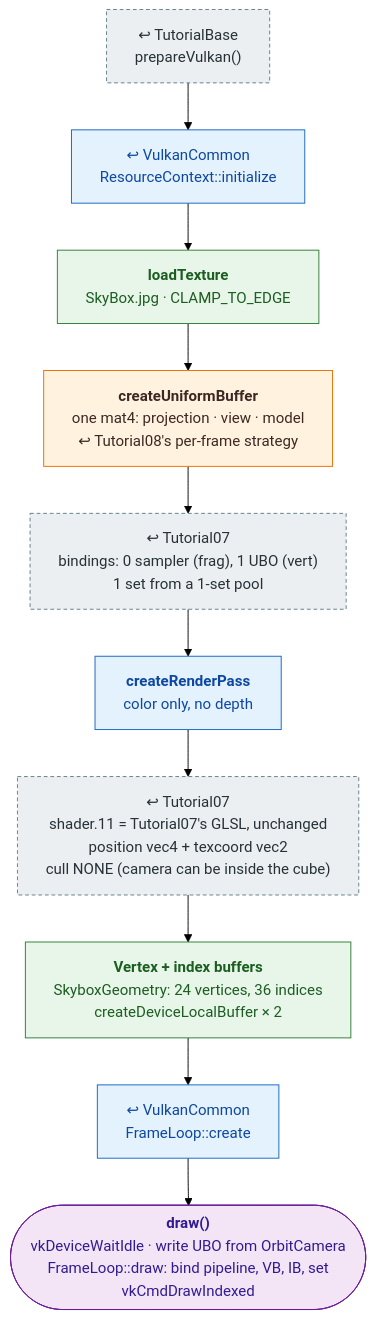
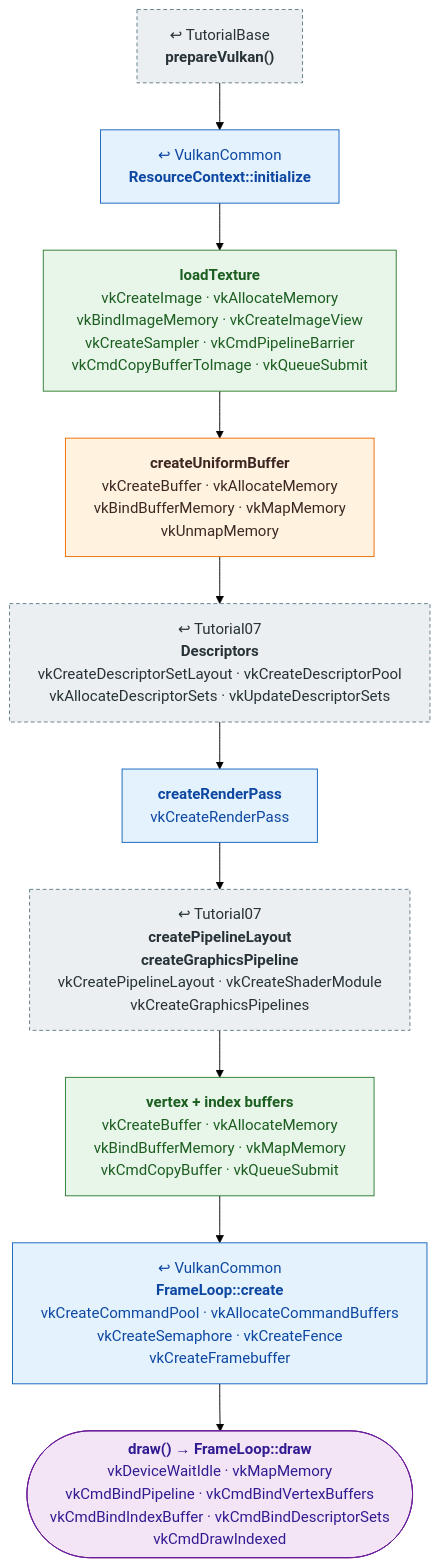
Before and after one commit to mehoggan/vulkan_graphix: the diagram in docs/pipeline/11_skybox.md, drawn with Mermaid (forest theme). The commit also changed other lines of this file and 24 other files, not shown here.

First line of the commit message:
docs: label pipeline boxes with the Vulkan calls each step makes

````diff
--- a/docs/pipeline/11_skybox.md
+++ b/docs/pipeline/11_skybox.md
@@ -13,22 +13,22 @@
 ```mermaid
 %%{init: {"flowchart": {"wrappingWidth": 400}}}%%
 flowchart TD
     classDef reused fill:#eceff1,stroke:#607d8b,stroke-dasharray:4 3,color:#263238
     classDef changed fill:#fff3e0,stroke:#ef6c00,color:#3e2723
     classDef new fill:#e8f5e9,stroke:#2e7d32,color:#1b5e20
     classDef shared fill:#e3f2fd,stroke:#1565c0,color:#0d47a1
     classDef frame fill:#f3e5f5,stroke:#6a1b9a,color:#311b92
 
-    BASE["↩ TutorialBase<br/>prepareVulkan()"]:::reused
-    RC["↩ VulkanCommon<br/>ResourceContext::initialize"]:::shared
-    TEX["<b>loadTexture</b><br/>SkyBox.jpg · CLAMP_TO_EDGE"]:::new
-    UBO["<b>createUniformBuffer</b><br/>one mat4: projection · view · model<br/>↩ Tutorial08's per-frame strategy"]:::changed
-    DESC["↩ Tutorial07<br/>bindings: 0 sampler (frag), 1 UBO (vert)<br/>1 set from a 1-set pool"]:::reused
-    RP["<b>createRenderPass</b><br/>color only, no depth"]:::shared
-    PIPE["↩ Tutorial07<br/>shader.11 = Tutorial07's GLSL, unchanged<br/>position vec4 + texcoord vec2<br/>cull NONE (camera can be inside the cube)"]:::reused
-    GEO["<b>Vertex + index buffers</b><br/>SkyboxGeometry: 24 vertices, 36 indices<br/>createDeviceLocalBuffer × 2"]:::new
-    FL["↩ VulkanCommon<br/>FrameLoop::create"]:::shared
-    DRAW(["<b>draw()</b><br/>vkDeviceWaitIdle · write UBO from OrbitCamera<br/>FrameLoop::draw: bind pipeline, VB, IB, set<br/>vkCmdDrawIndexed"]):::frame
+    BASE["↩ TutorialBase<br/><b>prepareVulkan()</b>"]:::reused
+    RC["↩ VulkanCommon<br/><b>ResourceContext::initialize</b>"]:::shared
+    TEX["<b>loadTexture</b><br/>vkCreateImage  ·  vkAllocateMemory<br/>vkBindImageMemory  ·  vkCreateImageView<br/>vkCreateSampler  ·  vkCmdPipelineBarrier<br/>vkCmdCopyBufferToImage  ·  vkQueueSubmit"]:::new
+    UBO["<b>createUniformBuffer</b><br/>vkCreateBuffer  ·  vkAllocateMemory<br/>vkBindBufferMemory  ·  vkMapMemory<br/>vkUnmapMemory"]:::changed
+    DESC["↩ Tutorial07<br/><b>Descriptors</b><br/>vkCreateDescriptorSetLayout  ·  vkCreateDescriptorPool<br/>vkAllocateDescriptorSets  ·  vkUpdateDescriptorSets"]:::reused
+    RP["<b>createRenderPass</b><br/>vkCreateRenderPass"]:::shared
+    PIPE["↩ Tutorial07<br/><b>createPipelineLayout</b><br/><b>createGraphicsPipeline</b><br/>vkCreatePipelineLayout  ·  vkCreateShaderModule<br/>vkCreateGraphicsPipelines"]:::reused
+    GEO["<b>vertex + index buffers</b><br/>vkCreateBuffer  ·  vkAllocateMemory<br/>vkBindBufferMemory  ·  vkMapMemory<br/>vkCmdCopyBuffer  ·  vkQueueSubmit"]:::new
+    FL["↩ VulkanCommon<br/><b>FrameLoop::create</b><br/>vkCreateCommandPool  ·  vkAllocateCommandBuffers<br/>vkCreateSemaphore  ·  vkCreateFence<br/>vkCreateFramebuffer"]:::shared
+    DRAW(["<b>draw() → FrameLoop::draw</b><br/>vkDeviceWaitIdle  ·  vkMapMemory<br/>vkCmdBindPipeline  ·  vkCmdBindVertexBuffers<br/>vkCmdBindIndexBuffer  ·  vkCmdBindDescriptorSets<br/>vkCmdDrawIndexed"]):::frame
 
     BASE --> RC --> TEX --> UBO --> DESC --> RP --> PIPE --> GEO --> FL --> DRAW
 ```
````
